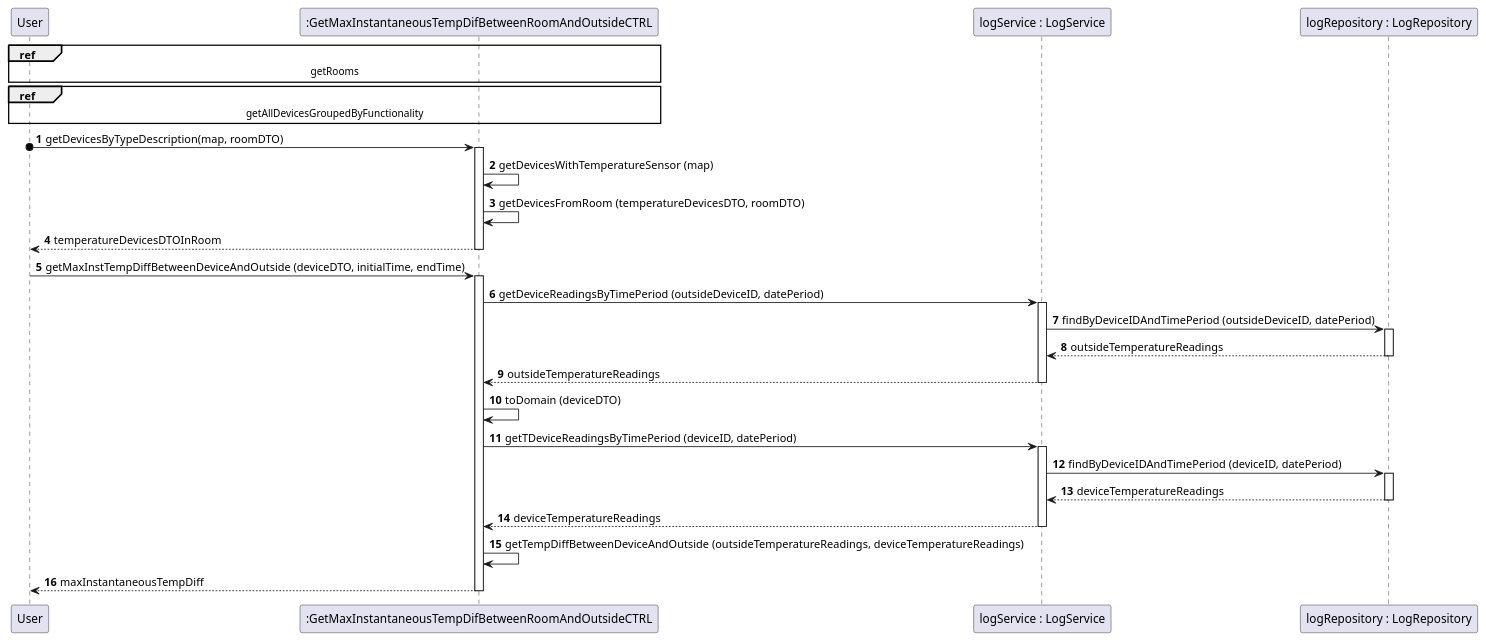
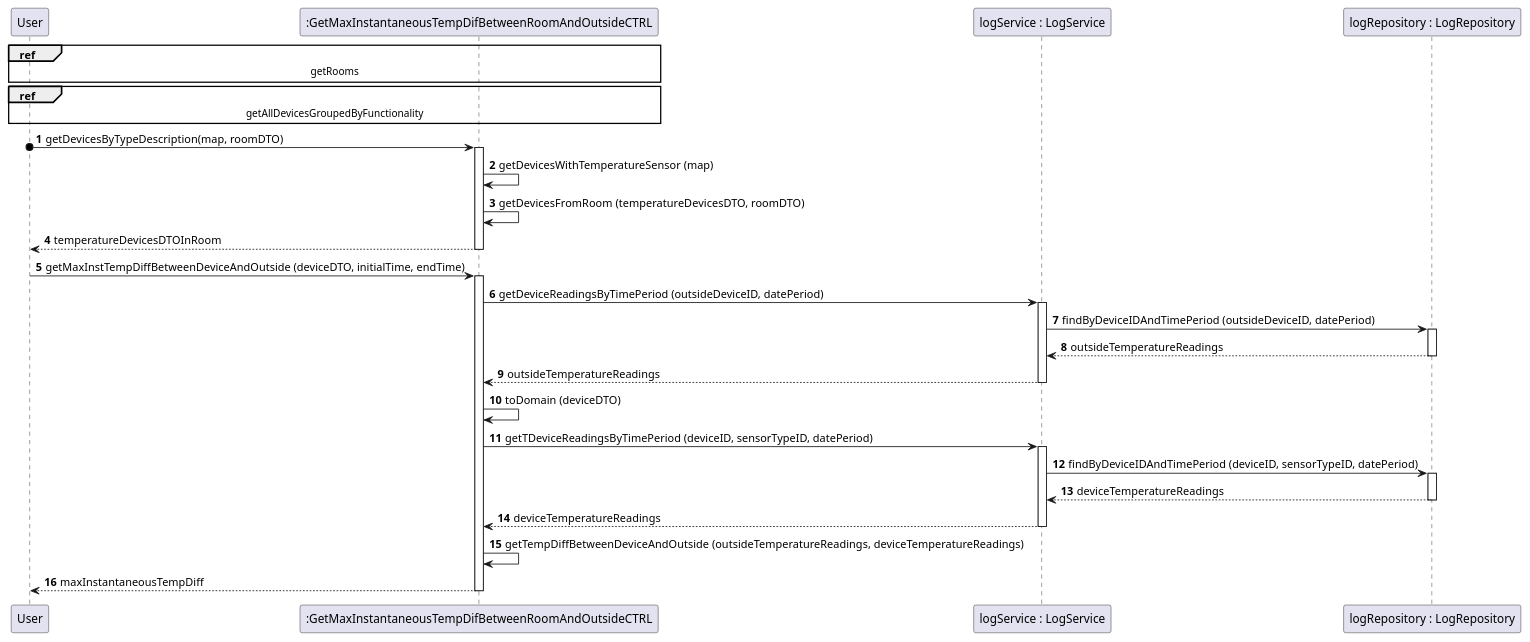
The diagram in docs/useCases/uc12_toGetMaxInstTempDifBetweenDeviceAndOutside/artifacts/uc12_SD.puml (olivDiogo/SmartHome), drawn with PlantUML before and after one commit. The commit also changed 2 other files, not shown here.

Commit message:
new: implemented UC12 controller, to get temperature devices from a specific room #397

```diff
--- a/docs/useCases/uc12_toGetMaxInstTempDifBetweenDeviceAndOutside/artifacts/uc12_SD.puml
+++ b/docs/useCases/uc12_toGetMaxInstTempDifBetweenDeviceAndOutside/artifacts/uc12_SD.puml
@@ -1,73 +1,73 @@
 @startuml
 !pragma layout smetana
 
 participant User
 participant Controller as ":GetMaxInstantaneousTempDifBetweenRoomAndOutsideCTRL"
 
 participant "logService : LogService" as LogService
 participant "logRepository : LogRepository" as LogRepository
 
 autonumber
 
 ref over User, Controller: getRooms
 
 ref over User, Controller: getAllDevicesGroupedByFunctionality
 
 User o-> Controller: getDevicesByTypeDescription(map, roomDTO)
 
 activate Controller
 
 Controller -> Controller: getDevicesWithTemperatureSensor (map)
 
 Controller -> Controller: getDevicesFromRoom (temperatureDevicesDTO, roomDTO)
 
 Controller --> User: temperatureDevicesDTOInRoom
 
 deactivate Controller
 
 User -> Controller: getMaxInstTempDiffBetweenDeviceAndOutside (deviceDTO, initialTime, endTime)
 
 activate Controller
 
 Controller -> LogService: getDeviceReadingsByTimePeriod (outsideDeviceID, datePeriod)
 
 activate LogService
 
 LogService -> LogRepository: findByDeviceIDAndTimePeriod (outsideDeviceID, datePeriod)
 
 activate LogRepository
 
 LogRepository --> LogService: outsideTemperatureReadings
 
 deactivate LogRepository
 
 LogService --> Controller: outsideTemperatureReadings
 
 deactivate LogService
 
 Controller -> Controller: toDomain (deviceDTO)
 
-Controller -> LogService: getTDeviceReadingsByTimePeriod (deviceID, datePeriod)
+Controller -> LogService: getTDeviceReadingsByTimePeriod (deviceID, sensorTypeID, datePeriod)
 
 activate LogService
 
-LogService -> LogRepository: findByDeviceIDAndTimePeriod (deviceID, datePeriod)
+LogService -> LogRepository: findByDeviceIDAndTimePeriod (deviceID, sensorTypeID, datePeriod)
 
 activate LogRepository
 
 LogRepository --> LogService: deviceTemperatureReadings
 
 deactivate LogRepository
 
 LogService --> Controller: deviceTemperatureReadings
 
 deactivate LogService
 
 Controller -> Controller: getTempDiffBetweenDeviceAndOutside (outsideTemperatureReadings, deviceTemperatureReadings)
 
 Controller --> User: maxInstantaneousTempDiff
 
 deactivate Controller
 
 
 @enduml
```
